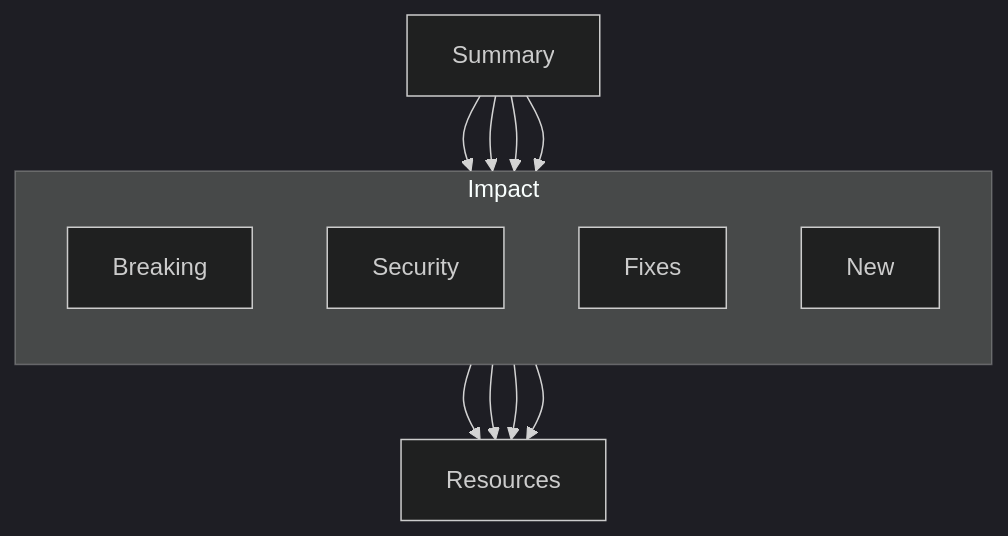
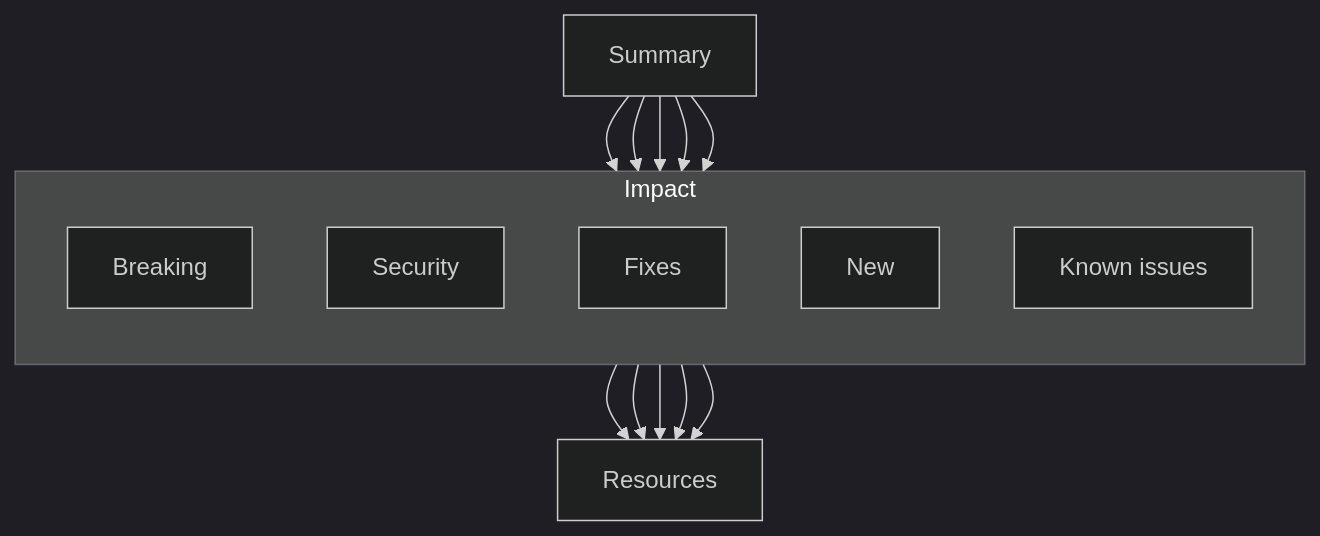
The diagram in content/diagrams/writing-release-notes/release-layers.mmd (ninadpathak/ninadpathak), drawn with Mermaid (dark theme) before and after one commit. The commit also changed 28 other files, not shown here.

```diff
--- a/content/diagrams/writing-release-notes/release-layers.mmd
+++ b/content/diagrams/writing-release-notes/release-layers.mmd
@@ -1,29 +1,33 @@
 %% @fig 01
 %% @kicker Release information by depth
-%% @alt A release note reads in three layers. The summary comes first with version, date, compatibility, and the action required. Impact comes second: breaking changes, security and support notes, fixes, and new capabilities. Resources such as the migration guide and reference changes come last, for readers who need the implementation detail.
+%% @alt A release note reads in three layers. The summary comes first with version, date, compatibility, and the action required. Impact comes second: breaking changes, security and support notes, fixes, new capabilities, and known issues with their workarounds. Resources such as the migration guide and reference changes come last, for readers who need the implementation detail.
 %% @caption The page should reveal information in layers: decision first, impact second, and implementation detail last. Readers can stop when they have enough evidence.
 %% @path sum>brk
 %% @glyph sum | doc
 %% @glyph brk | doc flag
 %% @glyph sec | doc lock
 %% @glyph fix | doc check
 %% @glyph new | action
+%% @glyph known | doc question
 %% @glyph res | outline
 flowchart TB
   sum["Summary"]:::focal
   subgraph impact [Impact]
     direction TB
     brk["Breaking"]:::accent
     sec["Security"]
     fix["Fixes"]
     new["New"]
+    known["Known issues"]
   end
   res["Resources"]
   sum --> brk
   sum --> sec
   sum --> fix
   sum --> new
+  sum --> known
   brk --> res
   sec --> res
   fix --> res
   new --> res
+  known --> res
```
